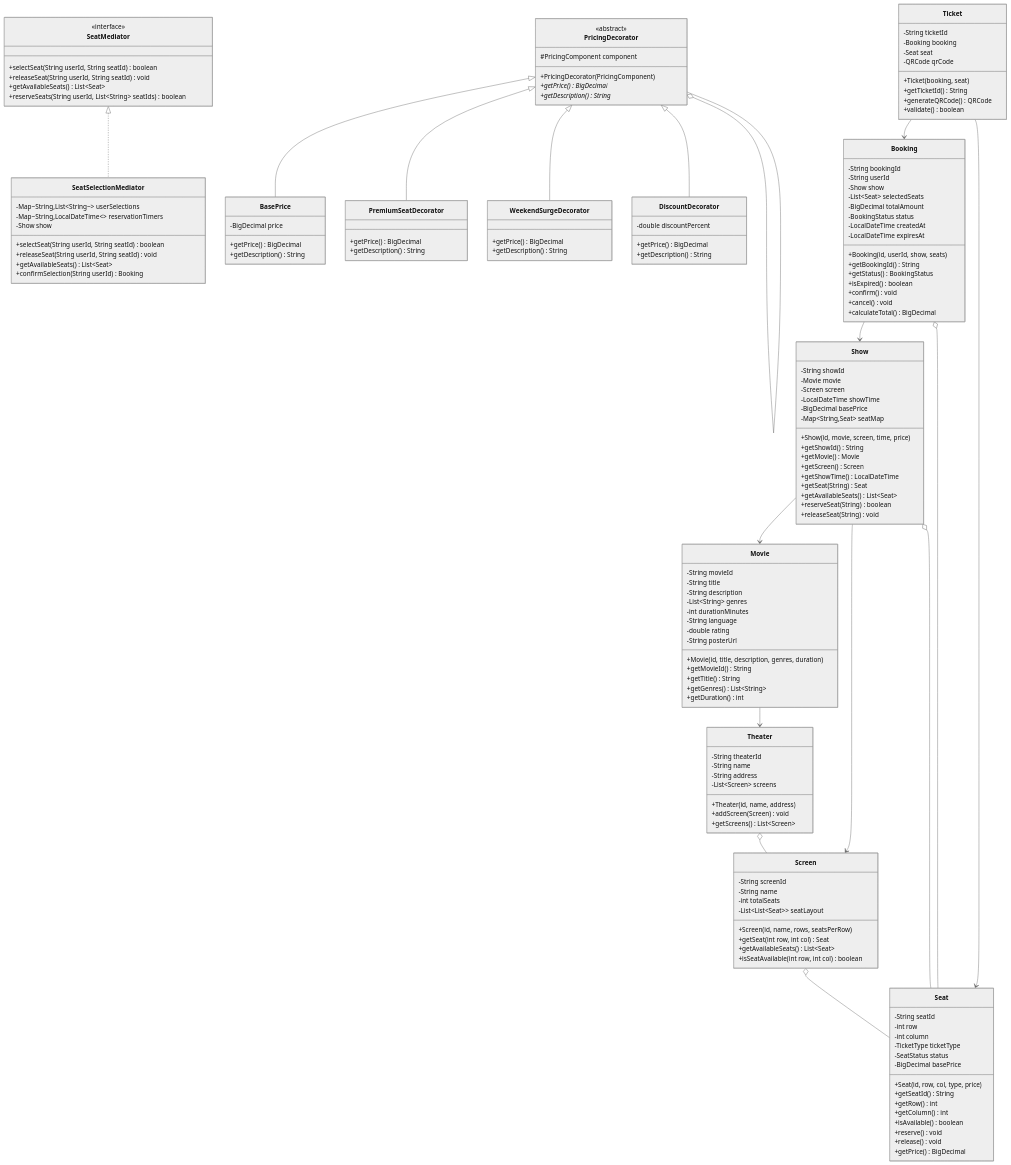
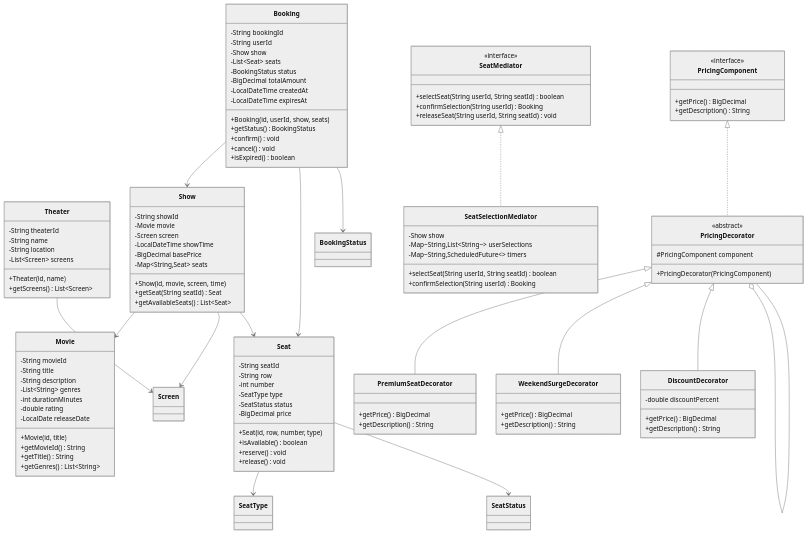
One commit to javaengineeringacademy/java-engineering-academy changed the second of 2 diagrams in 01-programming-languages/Java/02-oop/33-mini-projects/advanced/movie-booking/README.md. Above: the diagram before and after it, drawn with Mermaid (neutral theme). The commit also changed other lines of this file and 48 other files, not shown here.

First line of the commit message:
fix: final polish for 10/10 - split long READMEs, fix duplicates, add diagrams

```diff
--- a/01-programming-languages/Java/02-oop/33-mini-projects/advanced/movie-booking/README.md
+++ b/01-programming-languages/Java/02-oop/33-mini-projects/advanced/movie-booking/README.md
@@ -154,52 +158,21 @@
         -String description
         -List~String~ genres
         -int durationMinutes
-        -String language
         -double rating
-        -String posterUrl
-        +Movie(id, title, description, genres, duration)
+        -LocalDate releaseDate
+        +Movie(id, title)
         +getMovieId() String
         +getTitle() String
         +getGenres() List~String~
-        +getDuration() int
     }
     
     class Theater {
         -String theaterId
         -String name
-        -String address
+        -String location
         -List~Screen~ screens
-        +Theater(id, name, address)
-        +addScreen(Screen) void
+        +Theater(id, name)
         +getScreens() List~Screen~
-    }
-    
-    class Screen {
-        -String screenId
-        -String name
-        -int totalSeats
-        -List~List~Seat~~ seatLayout
-        +Screen(id, name, rows, seatsPerRow)
-        +getSeat(int row, int col) Seat
-        +getAvailableSeats() List~Seat~
-        +isSeatAvailable(int row, int col) boolean
-    }
-    
-    class Seat {
-        -String seatId
-        -int row
-        -int column
-        -TicketType ticketType
-        -SeatStatus status
-        -BigDecimal basePrice
-        +Seat(id, row, col, type, price)
-        +getSeatId() String
-        +getRow() int
-        +getColumn() int
-        +isAvailable() boolean
-        +reserve() void
-        +release() void
-        +getPrice() BigDecimal
     }
     
     class Show {
@@ -208,77 +181,66 @@
         -Screen screen
         -LocalDateTime showTime
         -BigDecimal basePrice
-        -Map~String,Seat~ seatMap
-        +Show(id, movie, screen, time, price)
-        +getShowId() String
-        +getMovie() Movie
-        +getScreen() Screen
-        +getShowTime() LocalDateTime
-        +getSeat(String) Seat
+        -Map~String,Seat~ seats
+        +Show(id, movie, screen, time)
+        +getSeat(String seatId) Seat
         +getAvailableSeats() List~Seat~
-        +reserveSeat(String) boolean
-        +releaseSeat(String) void
+    }
+    
+    class Seat {
+        -String seatId
+        -String row
+        -int number
+        -SeatType type
+        -SeatStatus status
+        -BigDecimal price
+        +Seat(id, row, number, type)
+        +isAvailable() boolean
+        +reserve() void
+        +release() void
     }
     
     class Booking {
         -String bookingId
         -String userId
         -Show show
-        -List~Seat~ selectedSeats
+        -List~Seat~ seats
+        -BookingStatus status
         -BigDecimal totalAmount
-        -BookingStatus status
         -LocalDateTime createdAt
         -LocalDateTime expiresAt
         +Booking(id, userId, show, seats)
-        +getBookingId() String
         +getStatus() BookingStatus
-        +isExpired() boolean
         +confirm() void
         +cancel() void
-        +calculateTotal() BigDecimal
-    }
-    
-    class Ticket {
-        -String ticketId
-        -Booking booking
-        -Seat seat
-        -QRCode qrCode
-        +Ticket(booking, seat)
-        +getTicketId() String
-        +generateQRCode() QRCode
-        +validate() boolean
+        +isExpired() boolean
     }
     
     class SeatMediator {
         <<interface>>
         +selectSeat(String userId, String seatId) boolean
+        +confirmSelection(String userId) Booking
         +releaseSeat(String userId, String seatId) void
-        +getAvailableSeats() List~Seat~
-        +reserveSeats(String userId, List~String~ seatIds) boolean
     }
     
     class SeatSelectionMediator {
+        -Show show
         -Map~String,List~String~~ userSelections
-        -Map~String,LocalDateTime~~ reservationTimers
-        -Show show
+        -Map~String,ScheduledFuture~~ timers
         +selectSeat(String userId, String seatId) boolean
-        +releaseSeat(String userId, String seatId) void
-        +getAvailableSeats() List~Seat~
         +confirmSelection(String userId) Booking
+    }
+    
+    class PricingComponent {
+        <<interface>>
+        +getPrice() BigDecimal
+        +getDescription() String
     }
     
     class PricingDecorator {
         <<abstract>>
         #PricingComponent component
         +PricingDecorator(PricingComponent)
-        +getPrice()* BigDecimal
-        +getDescription()* String
-    }
-    
-    class BasePrice {
-        -BigDecimal price
-        +getPrice() BigDecimal
-        +getDescription() String
     }
     
     class PremiumSeatDecorator {
@@ -297,18 +259,17 @@
         +getDescription() String
     }
     
-    Movie --> Theater
-    Theater o-- Screen
-    Screen o-- Seat
+    Theater --> Screen
     Show --> Movie
     Show --> Screen
-    Show o-- Seat
+    Show --> Seat
     Booking --> Show
-    Booking o-- Seat
-    Ticket --> Booking
-    Ticket --> Seat
+    Booking --> Seat
+    Booking --> BookingStatus
+    Seat --> SeatType
+    Seat --> SeatStatus
     SeatMediator <|.. SeatSelectionMediator
-    PricingDecorator <|-- BasePrice
+    PricingComponent <|.. PricingDecorator
     PricingDecorator <|-- PremiumSeatDecorator
     PricingDecorator <|-- WeekendSurgeDecorator
     PricingDecorator <|-- DiscountDecorator
```
